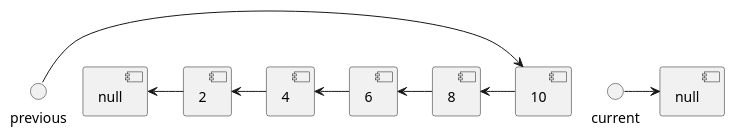
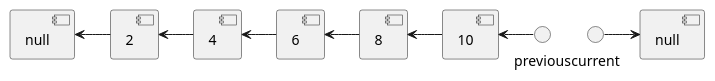
Before and after one commit to computer-science-engineering/learning-computer-science: the sixth of 7 diagrams in src/EducativeIo/GrokkingTheCodingInterview/Ch07_InPlaceReversalOfALinkedList/P1_ReverseALinkedList/readme.md, drawn with PlantUML. The commit also changed other lines of this file and 1 other file, not shown here.

````diff
--- a/src/EducativeIo/GrokkingTheCodingInterview/Ch07_InPlaceReversalOfALinkedList/P1_ReverseALinkedList/readme.md
+++ b/src/EducativeIo/GrokkingTheCodingInterview/Ch07_InPlaceReversalOfALinkedList/P1_ReverseALinkedList/readme.md
@@ -101,17 +101,17 @@
 ```plantuml
 @startuml
 component null1 [
     null
     ]
 component null2 [
     null
     ]
-previous -> [10]
 [null1] <- [2]
 [2] <- [4]
 [4] <- [6]
 [6] <- [8]
 [8] <- [10]
+[10] <- previous
 current -> [null2]
 @enduml
 ```
````
